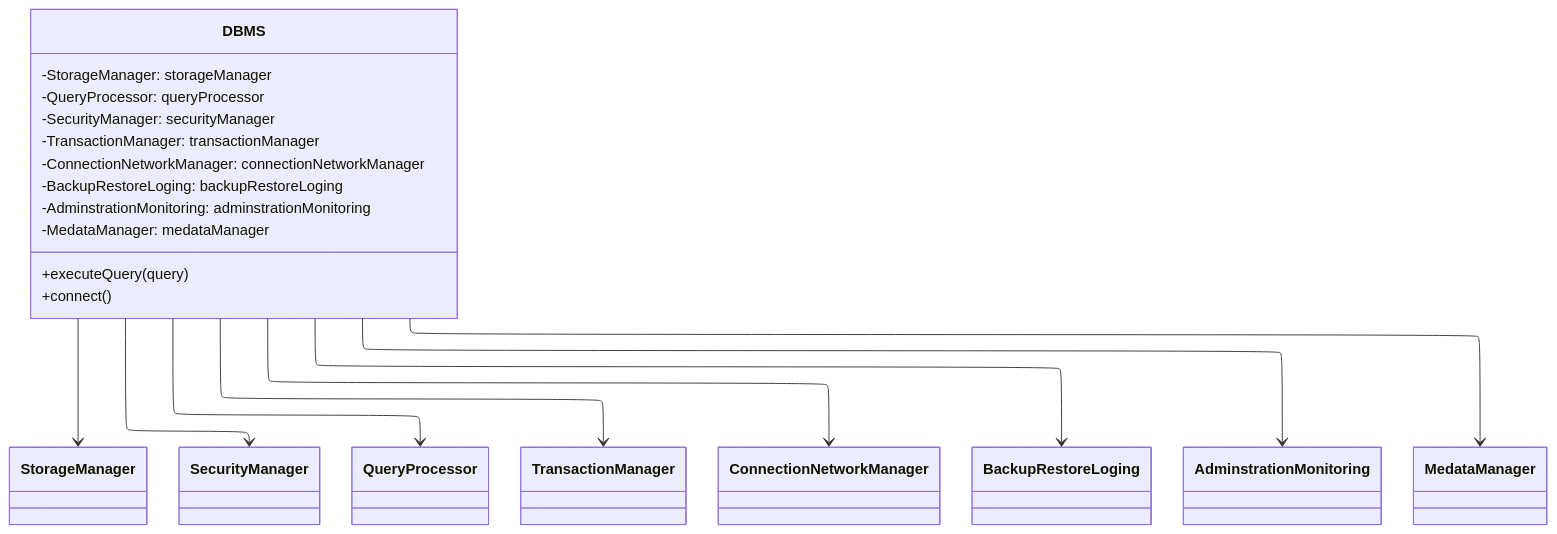
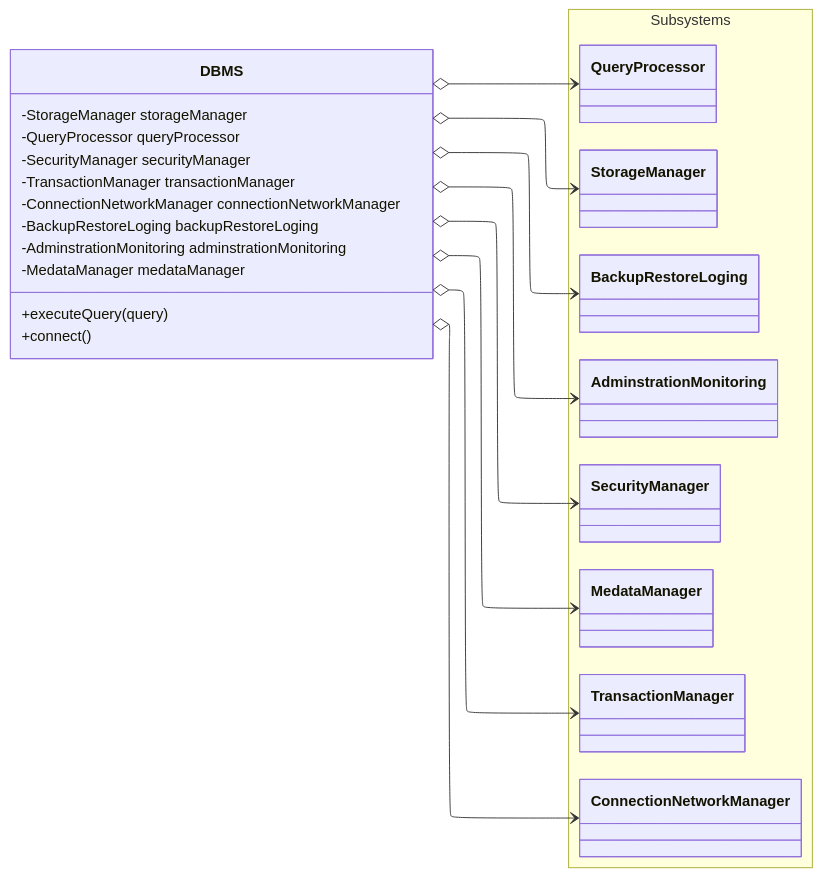
One commit to FhuAnn/-bbv-AN-s-DBMS changed the diagram in class-diagram/class-diagram-lv1.md. Above: the diagram before and after it, drawn with Mermaid. The commit also changed 5 other files, not shown here.

Commit message:
class diagram

````diff
--- a/class-diagram/class-diagram-lv1.md
+++ b/class-diagram/class-diagram-lv1.md
@@ -1,55 +1,42 @@
 ```mermaid
 ---
 config:
   layout: elk
 ---
 classDiagram
-direction TB
+    direction LR
+
     class DBMS {
-	    -StorageManager: storageManager
-	    -QueryProcessor: queryProcessor
-	    -SecurityManager: securityManager
-	    -TransactionManager: transactionManager
-	    -ConnectionNetworkManager: connectionNetworkManager
-	    -BackupRestoreLoging: backupRestoreLoging
-	    -AdminstrationMonitoring: adminstrationMonitoring
-	    -MedataManager: medataManager
-	    +executeQuery(query)
-	    +connect()
-    }
-    class StorageManager {
+      -StorageManager storageManager
+      -QueryProcessor queryProcessor
+      -SecurityManager securityManager
+      -TransactionManager transactionManager
+      -ConnectionNetworkManager connectionNetworkManager
+      -BackupRestoreLoging backupRestoreLoging
+      -AdminstrationMonitoring adminstrationMonitoring
+      -MedataManager medataManager
+      +executeQuery(query)
+      +connect()
     }
 
-    class SecurityManager {
+    namespace Subsystems {
+        class StorageManager
+        class SecurityManager
+        class QueryProcessor
+        class TransactionManager
+        class ConnectionNetworkManager
+        class BackupRestoreLoging
+        class AdminstrationMonitoring
+        class MedataManager
     }
 
-    class QueryProcessor {
-    }
-
-    class TransactionManager {
-    }
-
-    class ConnectionNetworkManager {
-    }
-
-    class BackupRestoreLoging {
-    }
-
-    class AdminstrationMonitoring {
-    }
-
-    class MedataManager {
-    }
-
-    direction TB
-
-    DBMS --> StorageManager
-    DBMS --> SecurityManager
-    DBMS --> QueryProcessor
-    DBMS --> TransactionManager
-    DBMS --> ConnectionNetworkManager
-    DBMS --> BackupRestoreLoging
-    DBMS --> AdminstrationMonitoring
-    DBMS --> MedataManager
-
+    %% Các đường kết nối từ DBMS tới các Subsystems
+    DBMS o--> StorageManager
+    DBMS o--> SecurityManager
+    DBMS o--> QueryProcessor
+    DBMS o--> TransactionManager
+    DBMS o--> ConnectionNetworkManager
+    DBMS o--> BackupRestoreLoging
+    DBMS o--> AdminstrationMonitoring
+    DBMS o--> MedataManager
 ```
````
